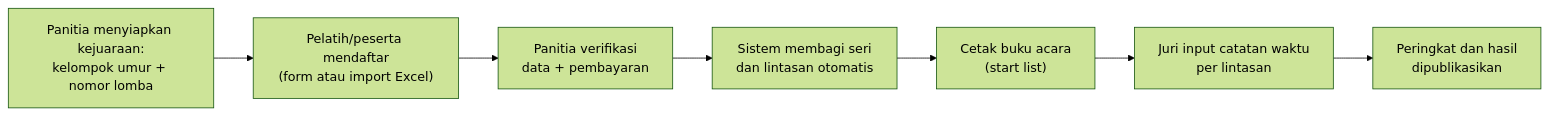
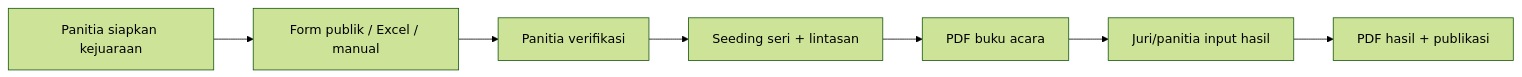
Before and after one commit to arroofi07/searia: the diagram in docs/README.md, drawn with Mermaid (forest theme). The commit also changed other lines of this file and 183 other files, not shown here.

````diff
--- a/docs/README.md
+++ b/docs/README.md
@@ -29,12 +23,12 @@
 ```mermaid
 flowchart LR
-    Setup["Panitia menyiapkan kejuaraan:<br/>kelompok umur + nomor lomba"]
-    Daftar["Pelatih/peserta mendaftar<br/>(form atau import Excel)"]
-    Verif["Panitia verifikasi<br/>data + pembayaran"]
-    Seeding["Sistem membagi seri<br/>dan lintasan otomatis"]
-    Buku["Cetak buku acara<br/>(start list)"]
-    Hasil["Juri input catatan waktu<br/>per lintasan"]
-    Publish["Peringkat dan hasil<br/>dipublikasikan"]
+    Setup["Panitia siapkan kejuaraan"]
+    Daftar["Form publik / Excel / manual"]
+    Verif["Panitia verifikasi"]
+    Seeding["Seeding seri + lintasan"]
+    Buku["PDF buku acara"]
+    Hasil["Juri/panitia input hasil"]
+    Publish["PDF hasil + publikasi"]
 
     Setup --> Daftar --> Verif --> Seeding --> Buku --> Hasil --> Publish
 ```
````
